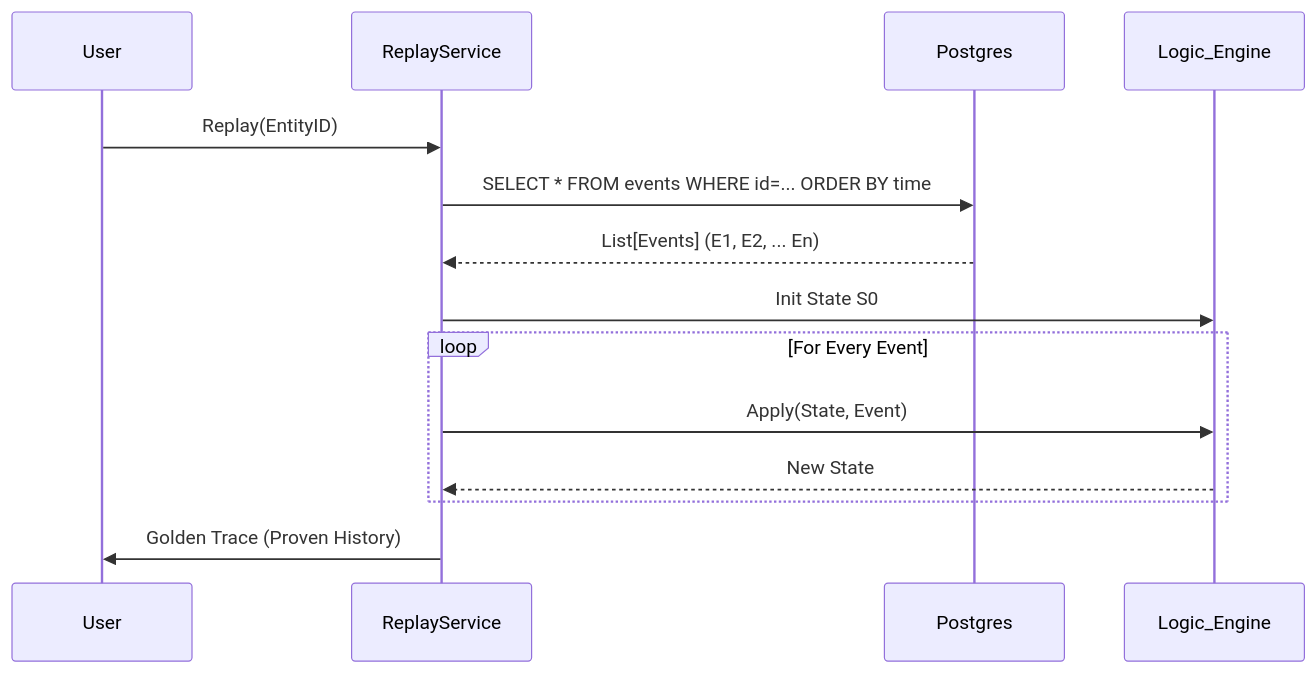
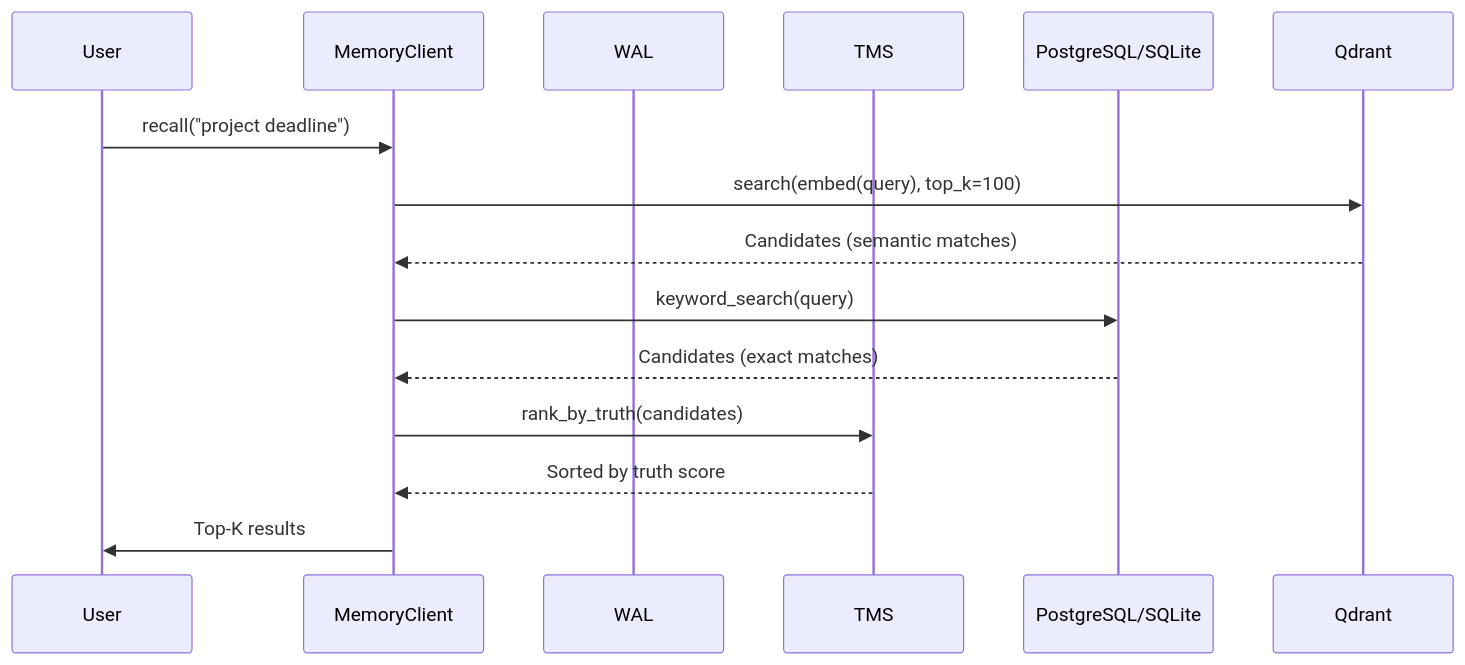
The diagram in docs/thesis_reference/04_Functional_Workflows.md (badalraj9/MemoryThread), drawn with Mermaid before and after one commit. The commit also changed other lines of this file and 23 other files, not shown here.

````diff
--- a/docs/thesis_reference/04_Functional_Workflows.md
+++ b/docs/thesis_reference/04_Functional_Workflows.md
@@ -65,17 +87,18 @@
 ```mermaid
 sequenceDiagram
     participant User
-    participant ReplayService
-    participant Postgres
-    participant Logic_Engine
+    participant SDK as MemoryClient
+    participant WAL
+    participant TMS
+    participant DB as PostgreSQL/SQLite
+    participant Vec as Qdrant
 
-    User->>ReplayService: Replay(EntityID)
-    ReplayService->>Postgres: SELECT * FROM events WHERE id=... ORDER BY time
-    Postgres-->>ReplayService: List[Events] (E1, E2, ... En)
-    ReplayService->>Logic_Engine: Init State S0
-    loop For Every Event
-        ReplayService->>Logic_Engine: Apply(State, Event)
-        Logic_Engine-->>ReplayService: New State
-    end
-    ReplayService->>User: Golden Trace (Proven History)
+    User->>SDK: recall("project deadline")
+    SDK->>Vec: search(embed(query), top_k=100)
+    Vec-->>SDK: Candidates (semantic matches)
+    SDK->>DB: keyword_search(query)
+    DB-->>SDK: Candidates (exact matches)
+    SDK->>TMS: rank_by_truth(candidates)
+    TMS-->>SDK: Sorted by truth score
+    SDK->>User: Top-K results
 ```
````
